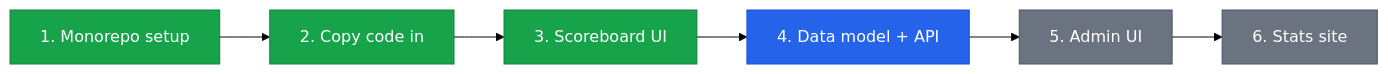
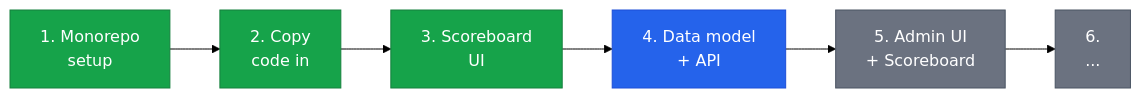
The diagram in apps/docs/src/content/docs/overview/plan.md (dennisfurrer/rrsb-mono), drawn with Mermaid (forest theme) before and after one commit. The commit also changed 4 other files, not shown here.

````diff
--- a/apps/docs/src/content/docs/overview/plan.md
+++ b/apps/docs/src/content/docs/overview/plan.md
@@ -8,15 +8,15 @@
 ```mermaid
 flowchart LR
-    A[1. Monorepo setup]:::done
-    B[2. Copy code in]:::done
-    C[3. Scoreboard UI]:::done
-    D[4. Data model + API]:::next
-    E[5. Admin UI]:::planned
-    F[6. Stats site]:::planned
+    A["1. Monorepo<br/>setup"]:::done
+    B["2. Copy<br/>code in"]:::done
+    C["3. Scoreboard<br/>UI"]:::done
+    D["4. Data model<br/>+ API"]:::next
+    E["5. Admin UI<br/>+ Scoreboard"]:::planned
+    F["6.<br/>..."]:::planned
 
     A --> B --> C --> D --> E --> F
 
     classDef done fill:#16a34a,color:#fff,stroke:#15803d
     classDef next fill:#2563eb,color:#fff,stroke:#1d4ed8
     classDef planned fill:#6b7280,color:#fff,stroke:#4b5563
 ```
````
